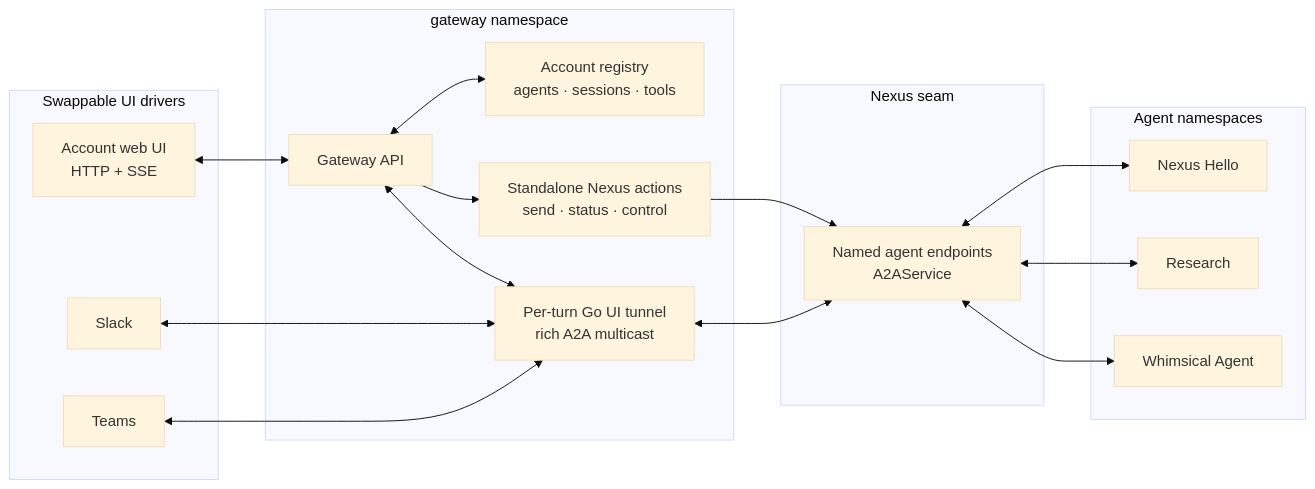
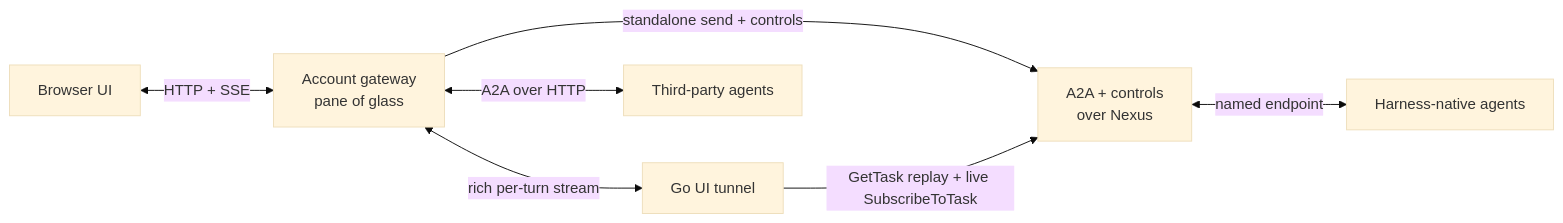
The first of 7 diagrams in examples/nexus_hello/README.md (temporal-community/temporal-agent-harness), drawn with Mermaid (base theme) before and after one commit. The commit also changed other lines of this file and 40 other files, not shown here.

````diff
--- a/examples/nexus_hello/README.md
+++ b/examples/nexus_hello/README.md
@@ -48,37 +29,10 @@
 ```mermaid
 flowchart LR
-    subgraph Drivers[Swappable UI drivers]
-        Browser[Account web UI<br/>HTTP + SSE]
-        Slack[Slack]
-        Teams[Teams]
-    end
+    Browser[Browser UI] <-->|HTTP + SSE| Gateway[Account gateway<br/>pane of glass]
 
-    subgraph Gateway[gateway namespace]
-        API[Gateway API]
-        Registry[Account registry<br/>agents · sessions · tools]
-        Tunnel["Per-turn Go UI tunnel<br/>rich A2A multicast"]
-        Actions["Standalone Nexus actions<br/>send · status · control"]
-        API <--> Registry
-        API --> Actions
-    end
-
-    subgraph Nexus[Nexus seam]
-        Endpoints[Named agent endpoints<br/>A2AService]
-    end
-
-    subgraph Agents[Agent namespaces]
-        Hello[Nexus Hello]
-        Research[Research]
-        Whimsical[Whimsical Agent]
-    end
-
-    Browser <--> API
-    API <--> Tunnel
-    Slack <--> Tunnel
-    Teams <--> Tunnel
-    Tunnel <--> Endpoints
-    Actions --> Endpoints
-    Endpoints <--> Hello
-    Endpoints <--> Research
-    Endpoints <--> Whimsical
+    Gateway -->|standalone send + controls| Nexus[A2A + controls<br/>over Nexus]
+    Gateway <-->|rich per-turn stream| Tunnel[Go UI tunnel]
+    Tunnel -->|GetTask replay + live SubscribeToTask| Nexus
+    Nexus <-->|named endpoint| Native[Harness-native agents]
+    Gateway <-->|A2A over HTTP| External[Third-party agents]
 ```
````
